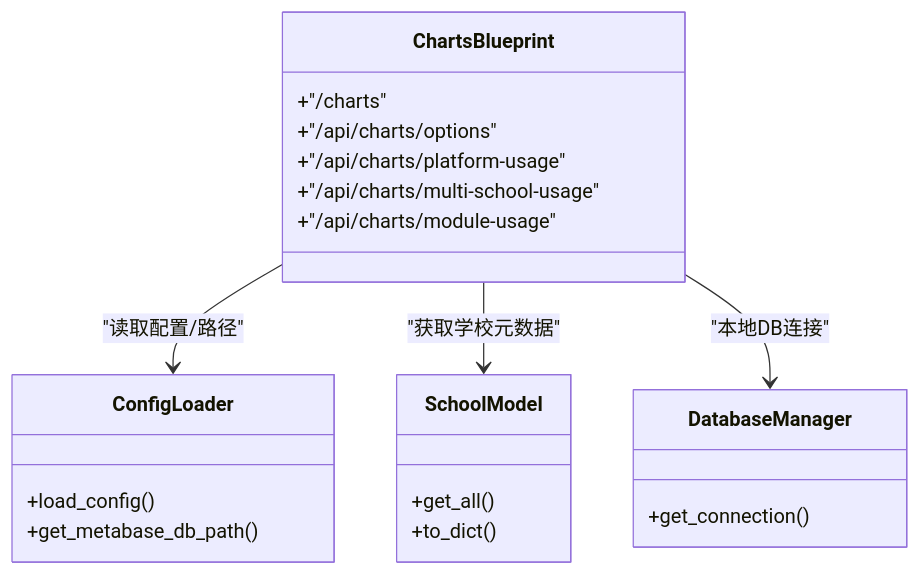
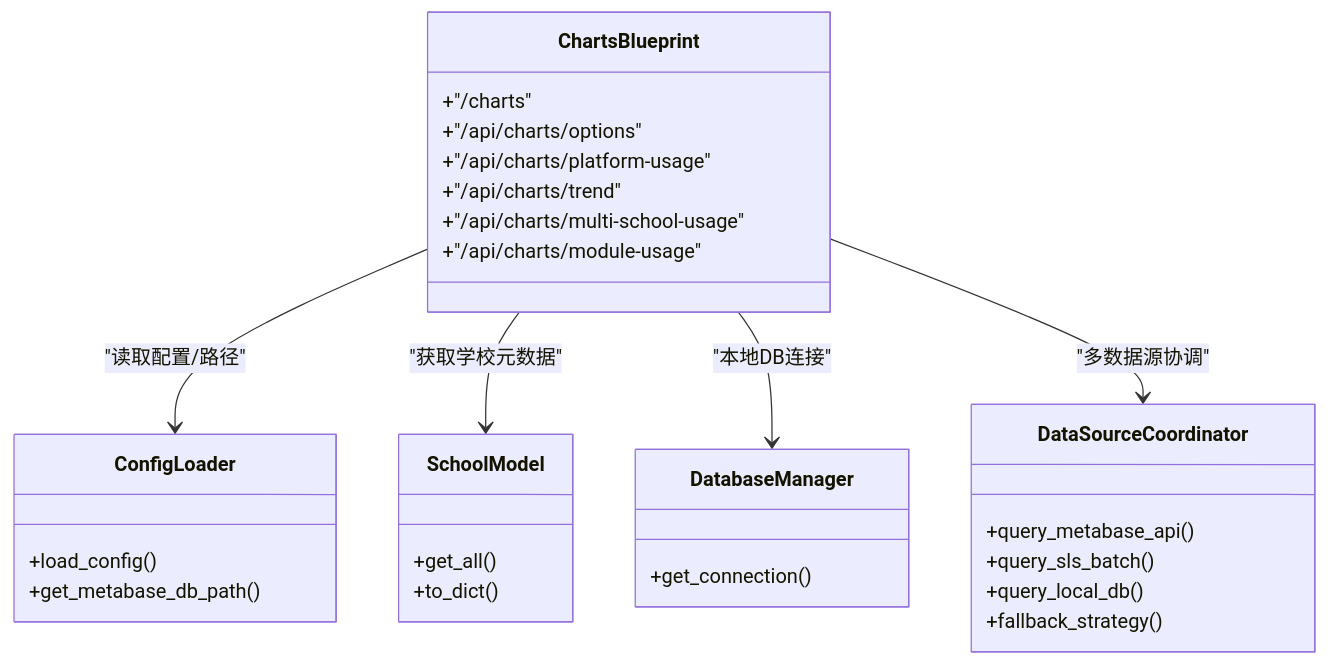
The sixth of 6 diagrams in .qoder/repowiki/zh/content/API接口文档/图表分析API.md (oreovan567-pixel/middle-platform-data-collector), drawn with Mermaid before and after one commit. The commit also changed other lines of this file and 9 other files, not shown here.

````diff
--- a/.qoder/repowiki/zh/content/API接口文档/图表分析API.md
+++ b/.qoder/repowiki/zh/content/API接口文档/图表分析API.md
@@ -324,24 +382,32 @@
 ```mermaid
 classDiagram
 class ChartsBlueprint {
 +"/charts"
 +"/api/charts/options"
 +"/api/charts/platform-usage"
++"/api/charts/trend"
 +"/api/charts/multi-school-usage"
 +"/api/charts/module-usage"
 }
 class ConfigLoader {
 +load_config()
 +get_metabase_db_path()
 }
 class SchoolModel {
 +get_all()
 +to_dict()
 }
 class DatabaseManager {
 +get_connection()
 }
+class DataSourceCoordinator {
++query_metabase_api()
++query_sls_batch()
++query_local_db()
++fallback_strategy()
+}
 ChartsBlueprint --> ConfigLoader : "读取配置/路径"
 ChartsBlueprint --> SchoolModel : "获取学校元数据"
 ChartsBlueprint --> DatabaseManager : "本地DB连接"
+ChartsBlueprint --> DataSourceCoordinator : "多数据源协调"
 ```
````
